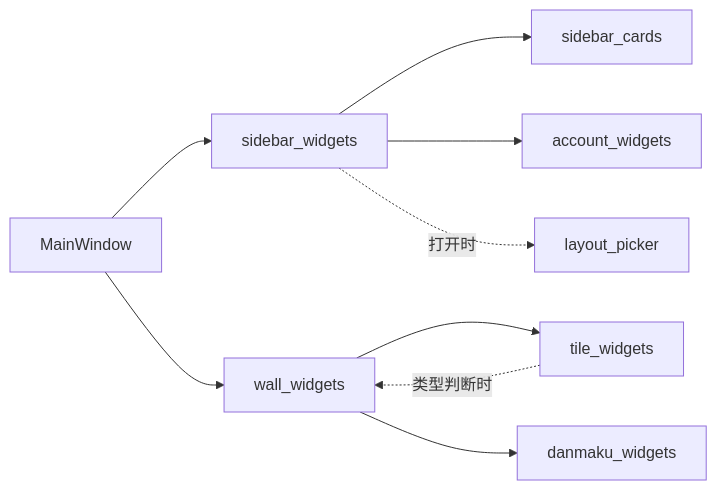
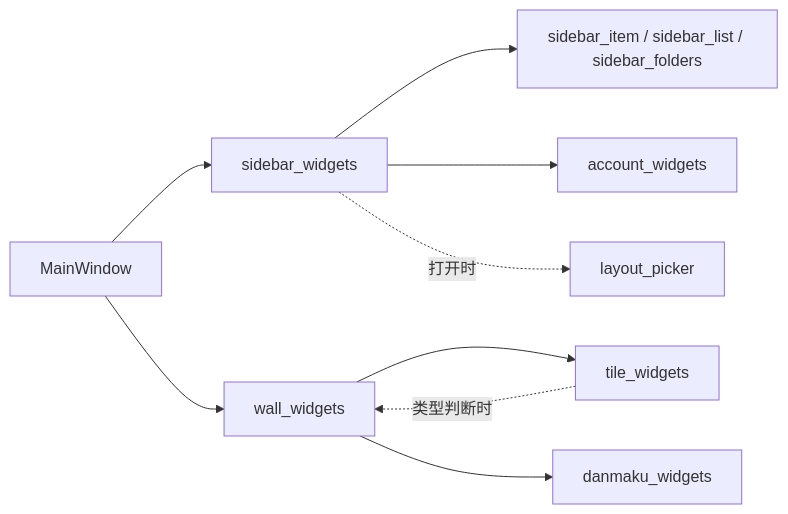
One commit to Lanpropro/DD_Monitor_CE changed the diagram in docs/development/ui-components.md. Above: the diagram before and after it, drawn with Mermaid. The commit also changed other lines of this file and 13 other files, not shown here.

Commit message:
refactor(sidebar): split card preview item and list implementations

````diff
--- a/docs/development/ui-components.md
+++ b/docs/development/ui-components.md
@@ -114,11 +114,11 @@
 ```mermaid
 flowchart LR
   App[MainWindow] --> Sidebar[sidebar_widgets]
-  Sidebar --> Cards[sidebar_cards]
+  Sidebar --> Cards[sidebar_item / sidebar_list / sidebar_folders]
   Sidebar --> Account[account_widgets]
   Sidebar -. 打开时 .-> Picker[layout_picker]
   App --> Wall[wall_widgets]
   Wall --> Tile[tile_widgets]
   Wall --> Chat[danmaku_widgets]
   Tile -. 类型判断时 .-> Wall
 ```
````
